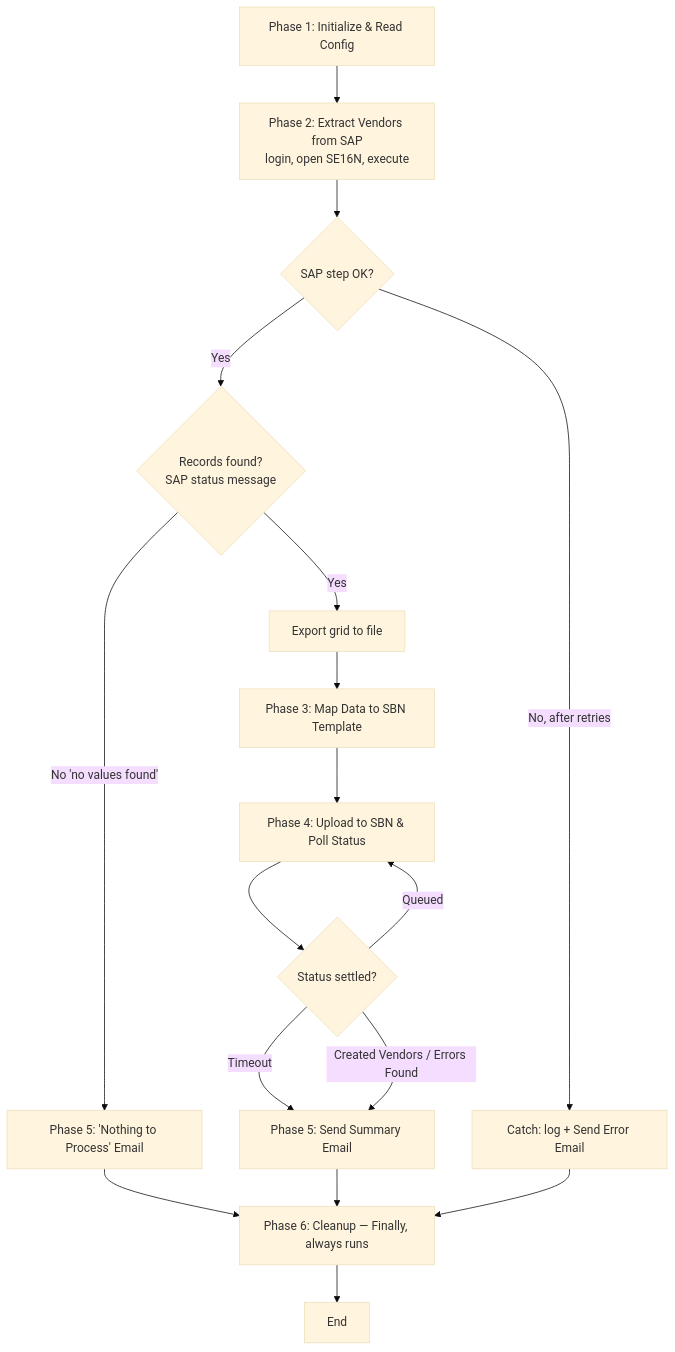
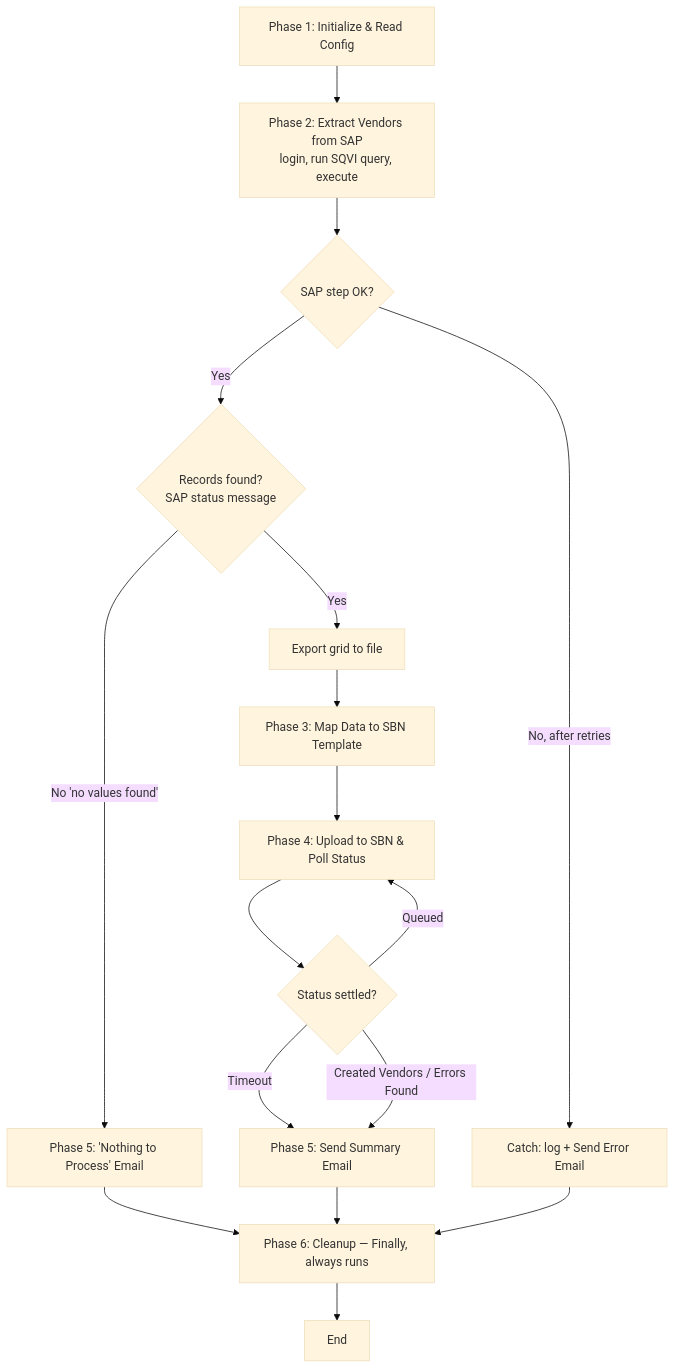
The diagram in vendor-sbn-upload-bot/docs/high-level-design.md (vitep111/RPA), drawn with Mermaid (base theme) before and after one commit. The commit also changed other lines of this file and 5 other files, not shown here.

First line of the commit message:
Switch SAP extraction from SE16N/LFA1 to an SQVI query (LFA1 join ADRC)

````diff
--- a/vendor-sbn-upload-bot/docs/high-level-design.md
+++ b/vendor-sbn-upload-bot/docs/high-level-design.md
@@ -45,21 +45,21 @@
 ```mermaid
 graph TD
-    A[Phase 1: Initialize & Read Config] --> B[Phase 2: Extract Vendors from SAP<br/>login, open SE16N, execute]
+    A[Phase 1: Initialize & Read Config] --> B[Phase 2: Extract Vendors from SAP<br/>login, run SQVI query, execute]
     B --> Bok{SAP step OK?}
     Bok -->|No, after retries| CATCH[Catch: log + Send Error Email]
     Bok -->|Yes| Rec{Records found?<br/>SAP status message}
     Rec -->|No 'no values found'| NP[Phase 5: 'Nothing to Process' Email]
     Rec -->|Yes| Exp[Export grid to file] --> C[Phase 3: Map Data to SBN Template]
     C --> D[Phase 4: Upload to SBN & Poll Status]
     D --> Poll{Status settled?}
     Poll -->|Queued| D
     Poll -->|Timeout| E
     Poll -->|Created Vendors / Errors Found| E[Phase 5: Send Summary Email]
     NP --> FIN
     E --> FIN
     CATCH --> FIN[Phase 6: Cleanup — Finally, always runs]
     FIN --> F[End]
 
     %% Note: an outer Try-Catch-Finally wraps Phases 1-5; a technical
     %% failure in any phase routes to Catch, then Finally cleanup.
 ```
````
